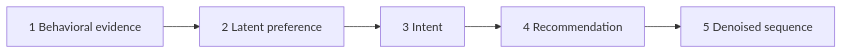
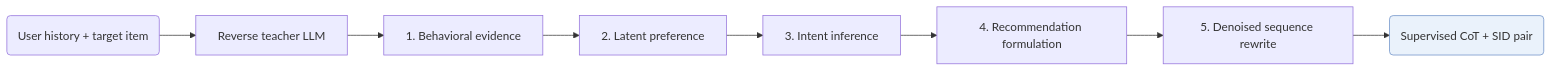
The second of 2 diagrams in notes/gream.md (Galaxy-ghost/Awesome-SID-Generative-Rec), drawn with Mermaid before and after one commit. The commit also changed other lines of this file and 649 other files, not shown here.

Commit message:
writer-05: also tags and modality index (schema, check, build, visuals); summary field removed; calibration data for 12 papers

````diff
--- a/notes/gream.md
+++ b/notes/gream.md
@@ -37,4 +46,11 @@
 ```mermaid
 flowchart LR
-    S1["1 Behavioral evidence"] --> S2["2 Latent preference"] --> S3["3 Intent"] --> S4["4 Recommendation"] --> S5["5 Denoised sequence"]
+    U("User history + target item") --> R["Reverse teacher LLM"]
+    R --> S1["1. Behavioral evidence"]
+    S1 --> S2["2. Latent preference"]
+    S2 --> S3["3. Intent inference"]
+    S3 --> S4["4. Recommendation formulation"]
+    S4 --> S5["5. Denoised sequence rewrite"]
+    S5 --> C("Supervised CoT + SID pair"):::key
+    classDef key fill:#eaf2fb,stroke:#6b8fc7
 ```
````
